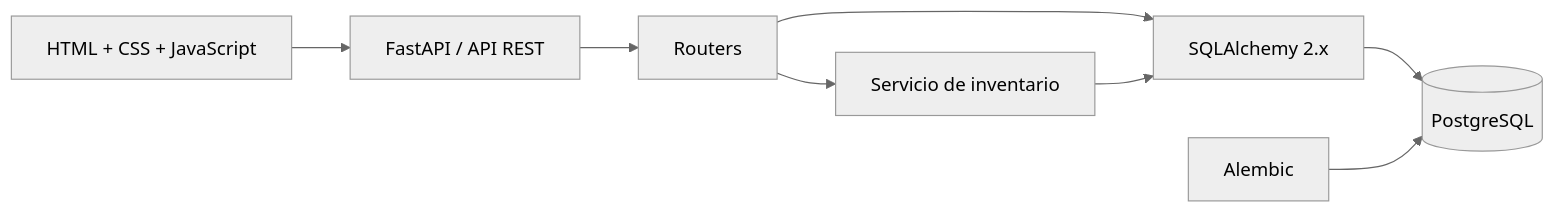
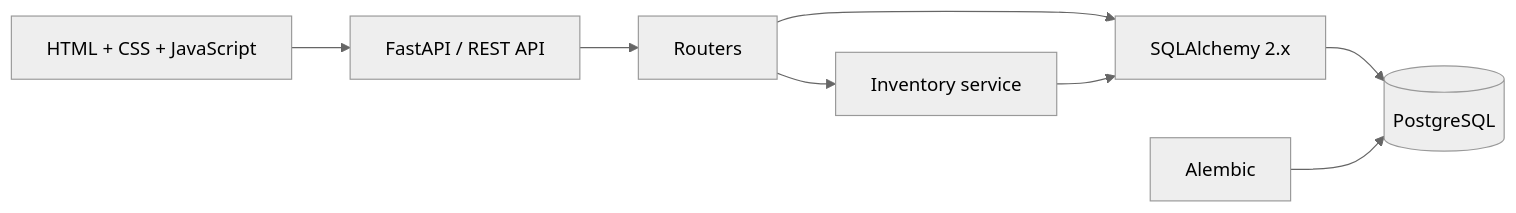
One commit to lopez-matias/inventory_system changed the first of 2 diagrams in README.md. Above: the diagram before and after it, drawn with Mermaid (neutral theme). The commit also changed other lines of this file and 41 other files, not shown here.

````diff
--- a/README.md
+++ b/README.md
@@ -72,10 +72,10 @@
 ```mermaid
 flowchart LR
-    UI[HTML + CSS + JavaScript] --> API[FastAPI / API REST]
+    UI[HTML + CSS + JavaScript] --> API[FastAPI / REST API]
     API --> ROUTERS[Routers]
-    ROUTERS --> SERVICE[Servicio de inventario]
+    ROUTERS --> SERVICE[Inventory service]
     ROUTERS --> ORM[SQLAlchemy 2.x]
     SERVICE --> ORM
     ORM --> DB[(PostgreSQL)]
     ALEMBIC[Alembic] --> DB
 ```
````
